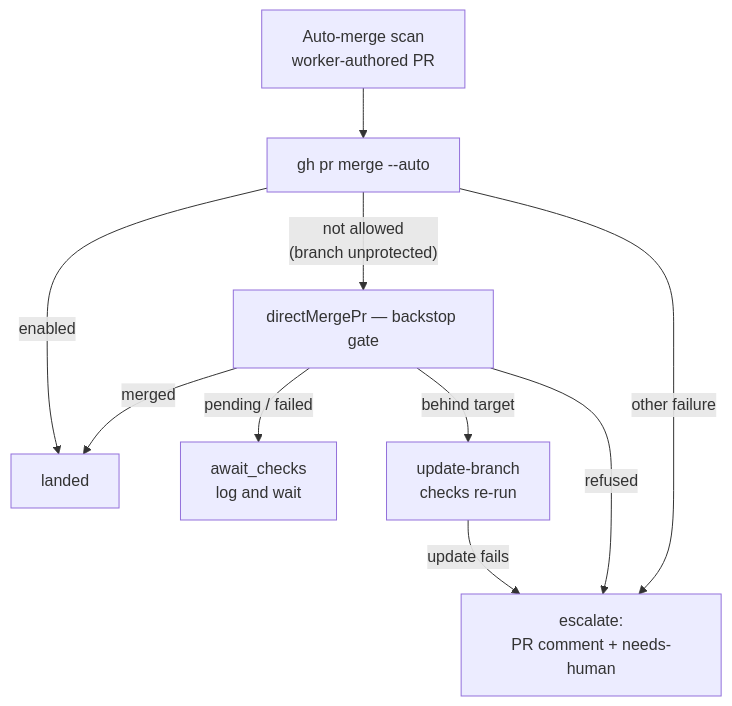
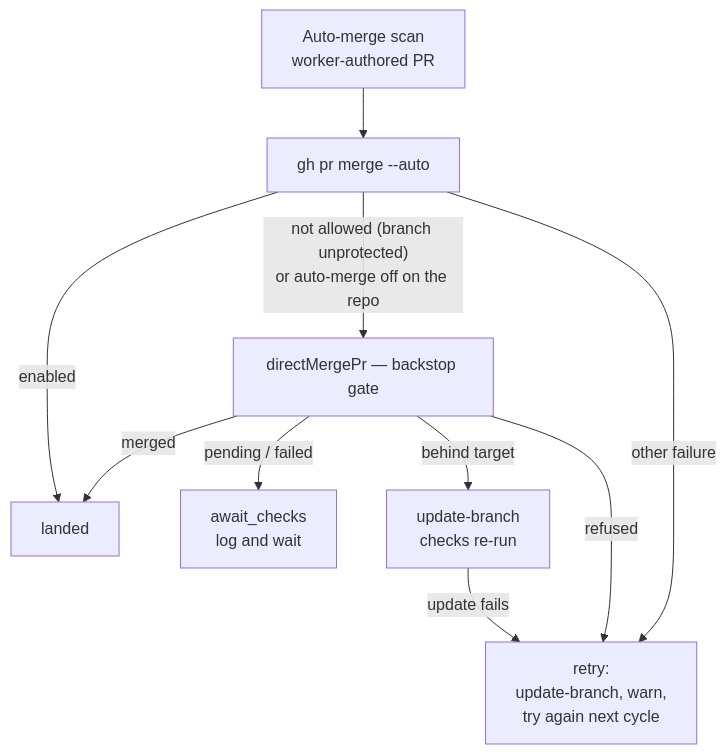
The eighth of 10 diagrams in docs/MERGE.md (stSoftwareAU/VibeCoder), drawn with Mermaid before and after one commit. The commit also changed other lines of this file and 9 other files, not shown here.

First line of the commit message:
Retry a blocked merge instead of handing it to a human (Issue #4304)

````diff
--- a/docs/MERGE.md
+++ b/docs/MERGE.md
@@ -682,12 +688,12 @@
 ```mermaid
 flowchart TD
     A[Auto-merge scan<br/>worker-authored PR] --> B[gh pr merge --auto]
     B -- enabled --> L[landed]
-    B -- "not allowed<br/>(branch unprotected)" --> C[directMergePr — backstop gate]
+    B -- "not allowed (branch unprotected)<br/>or auto-merge off on the repo" --> C[directMergePr — backstop gate]
     B -- other failure --> E
     C -- merged --> L
     C -- "pending / failed" --> W[await_checks<br/>log and wait]
     C -- behind target --> U[update-branch<br/>checks re-run]
-    C -- refused --> E[escalate:<br/>PR comment + needs-human]
+    C -- refused --> E[retry:<br/>update-branch, warn,<br/>try again next cycle]
     U -- update fails --> E
 ```
````
